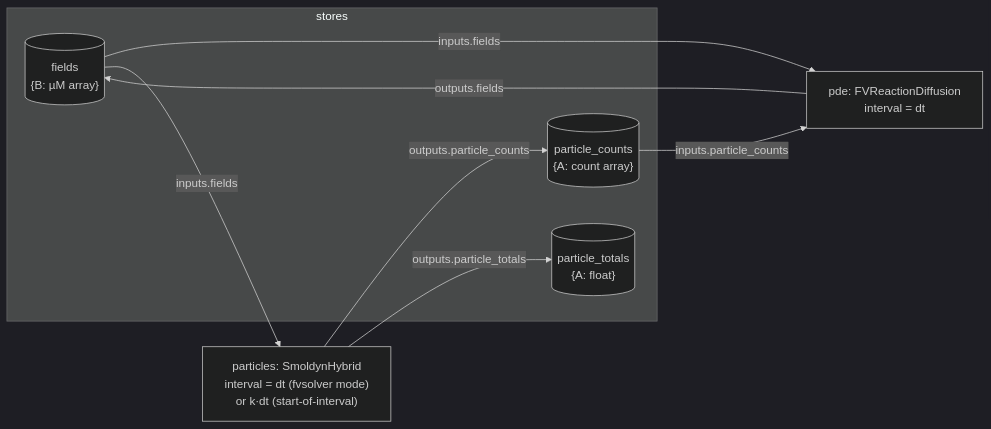
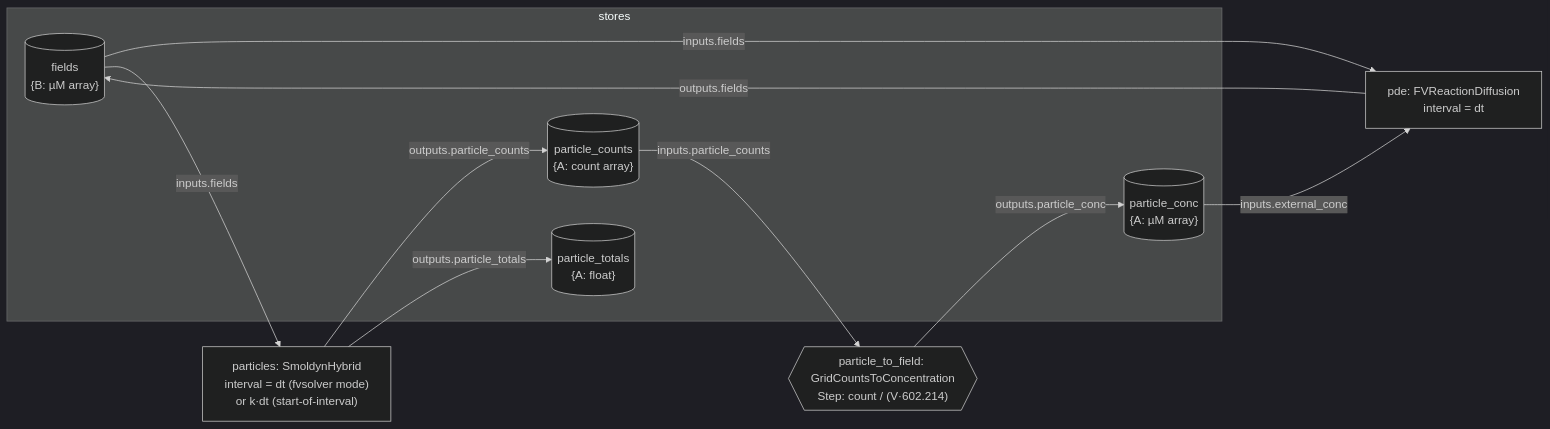
Before and after one commit to vivarium-collective/viva-pde-particle: the second of 7 diagrams in docs/DESIGN.md, drawn with Mermaid (dark theme). The commit also changed other lines of this file and 13 other files, not shown here.

First line of the commit message:
feat(phase7a): particle -> PDE adapters as Steps; general PDE engines

````diff
--- a/docs/DESIGN.md
+++ b/docs/DESIGN.md
@@ -246,16 +247,20 @@
 ```mermaid
 flowchart LR
   subgraph stores["stores"]
     F[("fields<br/>{B: µM array}")]
     C[("particle_counts<br/>{A: count array}")]
+    PC[("particle_conc<br/>{A: µM array}")]
     T[("particle_totals<br/>{A: float}")]
   end
   PDE["pde: FVReactionDiffusion<br/>interval = dt"]
   PART["particles: SmoldynHybrid<br/>interval = dt (fvsolver mode)<br/>or k·dt (start-of-interval)"]
+  S{{"particle_to_field: GridCountsToConcentration<br/>Step: count / (V·602.214)"}}
   F -- inputs.fields --> PDE
-  C -- inputs.particle_counts --> PDE
+  C -- inputs.particle_counts --> S
+  S -- outputs.particle_conc --> PC
+  PC -- inputs.external_conc --> PDE
   PDE -- outputs.fields --> F
   F -- inputs.fields --> PART
   PART -- outputs.particle_counts --> C
   PART -- outputs.particle_totals --> T
 ```
````
